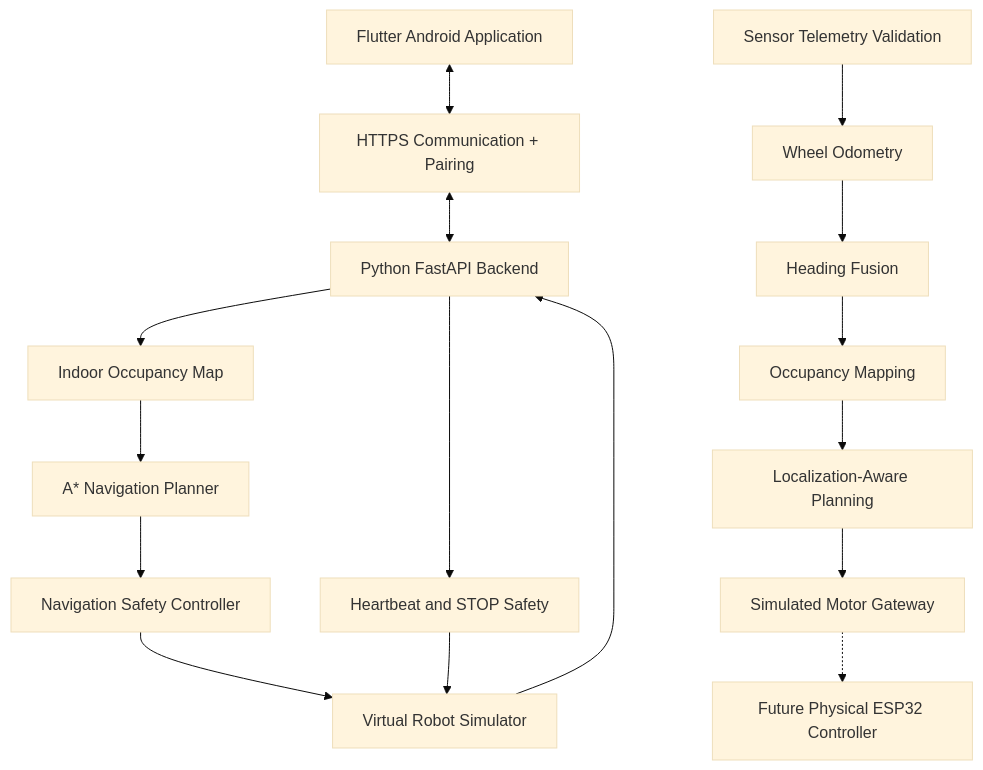
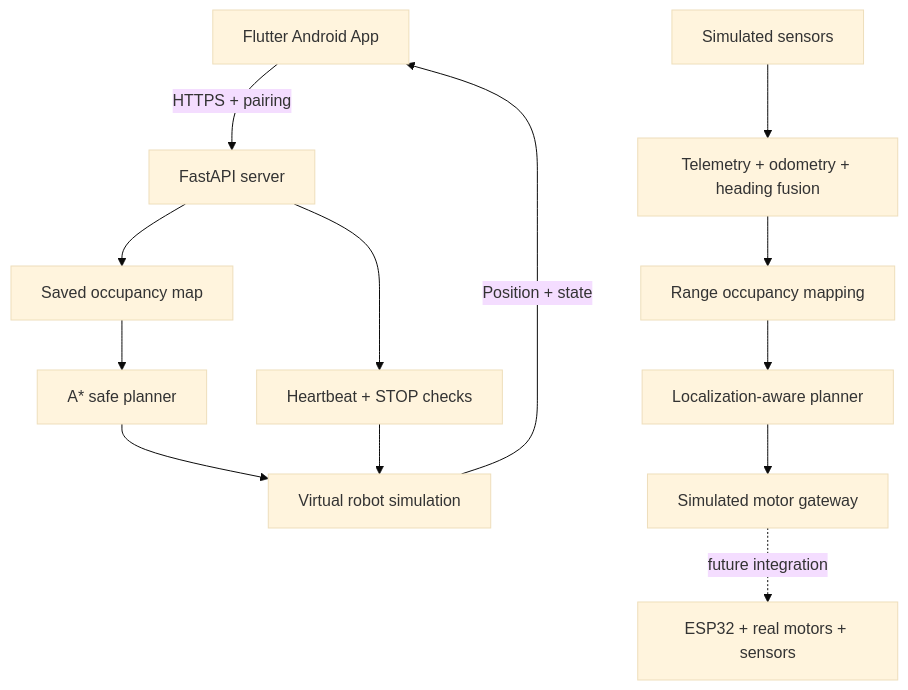
One commit to Ashiwany25/AutoNav-RC-Website changed the diagram in README.md. Above: the diagram before and after it, drawn with Mermaid (base theme). The commit also changed other lines of this file and 58 other files, not shown here.

````diff
--- a/README.md
+++ b/README.md
@@ -81,39 +43,15 @@
 ```mermaid
 flowchart TD
-    A["Flutter Android Application"]
-    B["HTTPS Communication + Pairing"]
-    C["Python FastAPI Backend"]
-
-    D["Indoor Occupancy Map"]
-    E["A* Navigation Planner"]
-    F["Navigation Safety Controller"]
-    G["Virtual Robot Simulator"]
-
-    H["Sensor Telemetry Validation"]
-    I["Wheel Odometry"]
-    J["Heading Fusion"]
-    K["Occupancy Mapping"]
-    L["Localization-Aware Planning"]
-    M["Simulated Motor Gateway"]
-
-    A <--> B
-    B <--> C
-
-    C --> D
-    D --> E
-    E --> F
-    F --> G
-    G --> C
-
-    H --> I
-    I --> J
-    J --> K
-    K --> L
-    L --> M
-
-    N["Future Physical ESP32 Controller"]
-    M -.-> N
-
-    C --> O["Heartbeat and STOP Safety"]
-    O --> G
+    A[Flutter Android App] -->|HTTPS + pairing| B[FastAPI server]
+    B --> C[Saved occupancy map]
+    C --> D[A* safe planner]
+    D --> E[Virtual robot simulation]
+    E -->|Position + state| A
+    B --> F[Heartbeat + STOP checks]
+    F --> E
+    G[Simulated sensors] --> H[Telemetry + odometry + heading fusion]
+    H --> I[Range occupancy mapping]
+    I --> J[Localization-aware planner]
+    J --> K[Simulated motor gateway]
+    K -. future integration .-> L[ESP32 + real motors + sensors]
 ```
````
